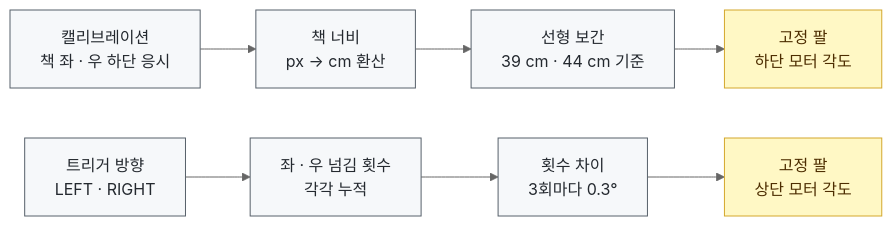
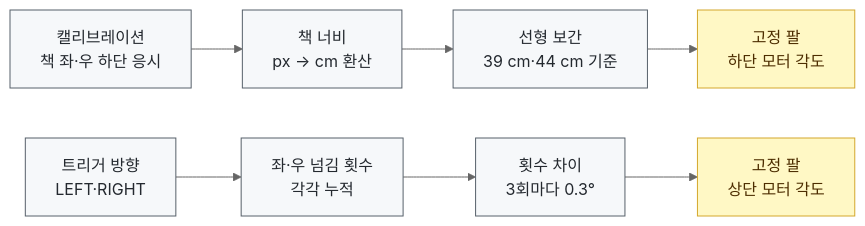
One commit to YOOBIN-AN/gaze-page-turner changed the third of 3 diagrams in page-actuator/README.md. Above: the diagram before and after it, drawn with Mermaid (neutral theme). The commit also changed other lines of this file and 3 other files, not shown here.

````diff
--- a/page-actuator/README.md
+++ b/page-actuator/README.md
@@ -151,10 +151,10 @@
 ```mermaid
 flowchart LR
-    A["캘리브레이션<br/>책 좌 · 우 하단 응시"] --> B["책 너비<br/>px → cm 환산"] --> C["선형 보간<br/>39 cm · 44 cm 기준"] --> D["고정 팔<br/>하단 모터 각도"]
-    E["트리거 방향<br/>LEFT · RIGHT"] --> F["좌 · 우 넘김 횟수<br/>각각 누적"] --> G["횟수 차이<br/>3회마다 0.3°"] --> H["고정 팔<br/>상단 모터 각도"]
+    A["캘리브레이션<br/>책 좌·우 하단 응시"] --> B["책 너비<br/>px → cm 환산"] --> C["선형 보간<br/>39 cm·44 cm 기준"] --> D["고정 팔<br/>하단 모터 각도"]
+    E["트리거 방향<br/>LEFT·RIGHT"] --> F["좌·우 넘김 횟수<br/>각각 누적"] --> G["횟수 차이<br/>3회마다 0.3°"] --> H["고정 팔<br/>상단 모터 각도"]
 
     classDef ask fill:#f6f8fa,stroke:#57606a,color:#24292f
     classDef out fill:#fff8c5,stroke:#d4a72c,color:#4d2d00
     class A,B,C,E,F,G ask
     class D,H out
 ```
````
